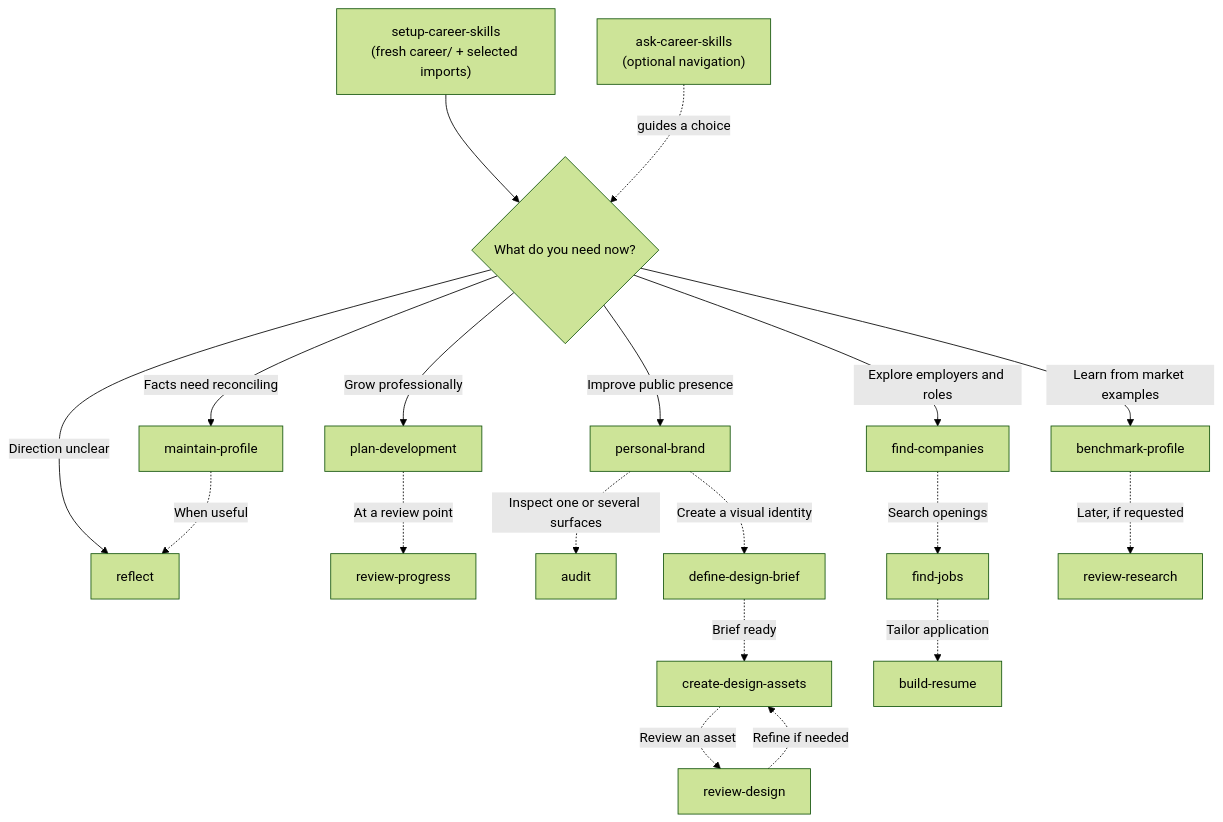
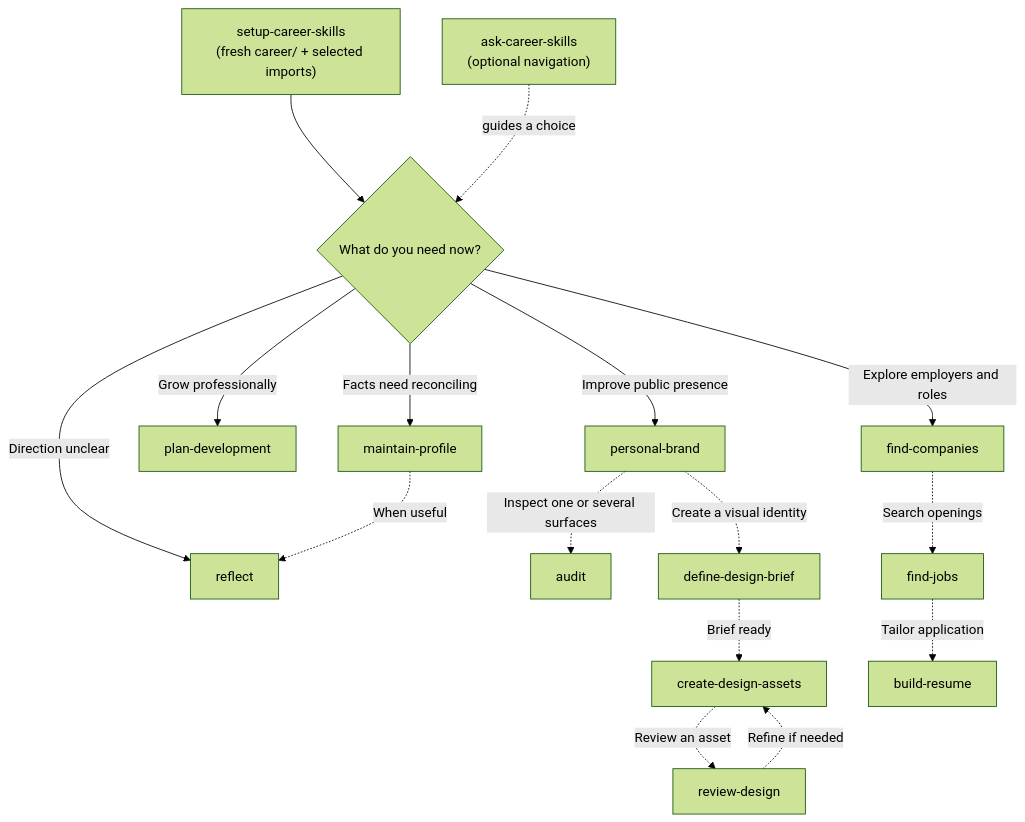
Before and after one commit to lfarci/career-skills: the first of 2 diagrams in docs/USER-JOURNEY.md, drawn with Mermaid (forest theme). The commit also changed other lines of this file and 15 other files, not shown here.

First line of the commit message:
refactor: simplify to a 14-skill MVP and trim ARCHITECTURE.md

````diff
--- a/docs/USER-JOURNEY.md
+++ b/docs/USER-JOURNEY.md
@@ -7,21 +7,18 @@
 ```mermaid
 flowchart TD
     S["setup-career-skills<br/>(fresh career/ + selected imports)"] --> Q{"What do you need now?"}
     W["ask-career-skills<br/>(optional navigation)"] -. "guides a choice" .-> Q
     Q -->|"Facts need reconciling"| P["maintain-profile"]
     Q -->|"Direction unclear"| R["reflect"]
     P -. "When useful" .-> R
     Q -->|"Grow professionally"| D["plan-development"]
-    D -. "At a review point" .-> DR["review-progress"]
     Q -->|"Improve public presence"| B["personal-brand"]
     B -. "Inspect one or several surfaces" .-> A["audit"]
     B -. "Create a visual identity" .-> DB["define-design-brief"]
     DB -. "Brief ready" .-> DA["create-design-assets"]
     DA -. "Review an asset" .-> DV["review-design"]
     DV -. "Refine if needed" .-> DA
     Q -->|"Explore employers and roles"| C["find-companies"]
     C -. "Search openings" .-> J["find-jobs"]
     J -. "Tailor application" .-> CV["build-resume"]
-    Q -->|"Learn from market examples"| BM["benchmark-profile"]
-    BM -. "Later, if requested" .-> RR["review-research"]
 ```
````
